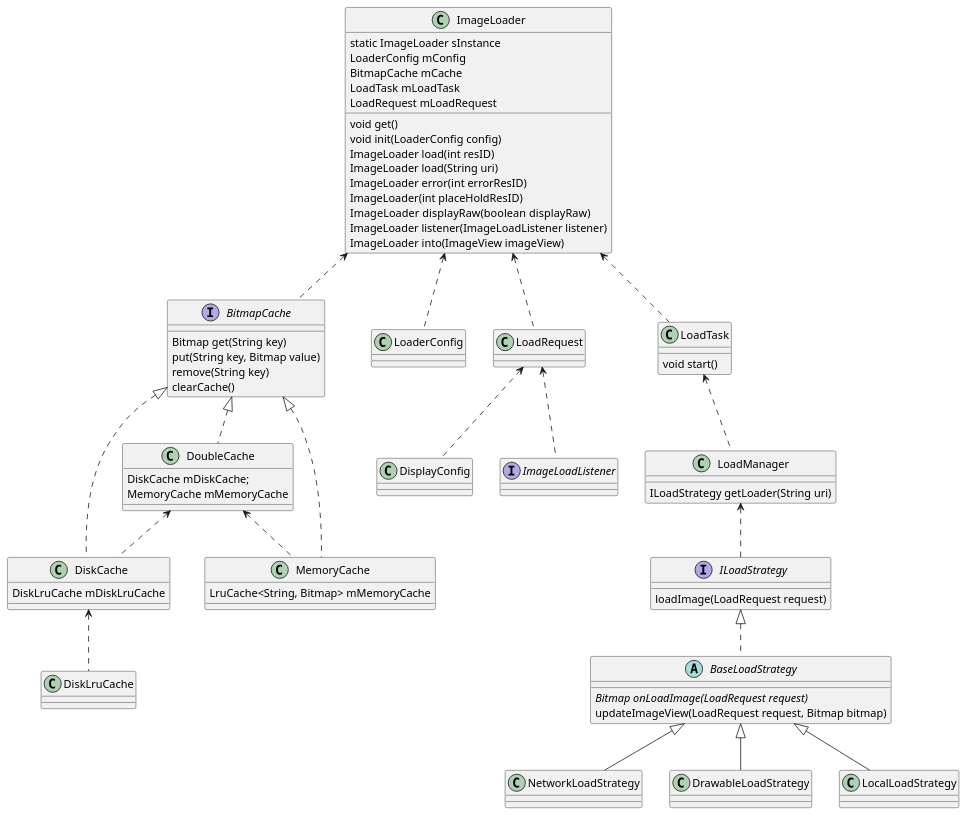
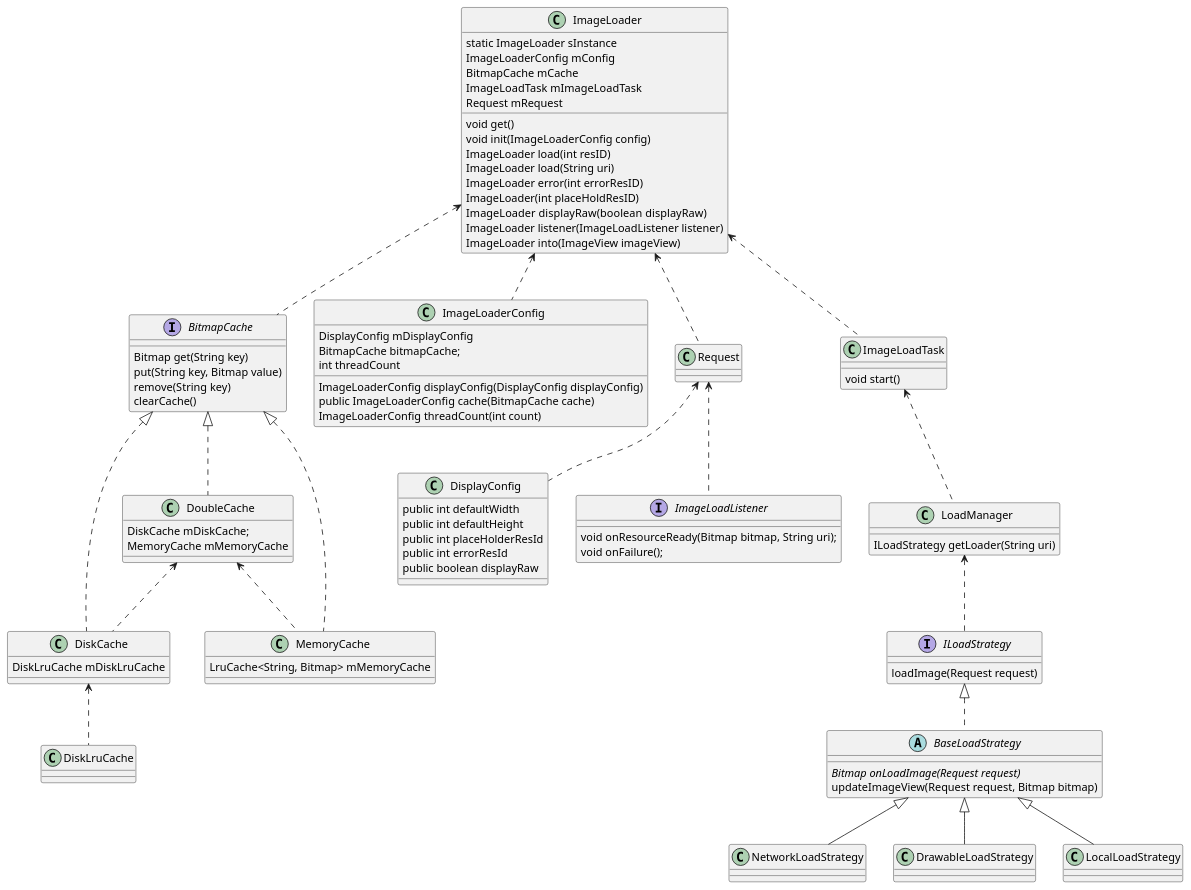
The diagram in ImageloaderLib/src/main/java/com/hust_twj/imageloderlibrary/uml.puml (hust-twj/ImageLoader), drawn with PlantUML before and after one commit. The commit also changed 11 other files, not shown here.

Commit message:
[feature]类和类图的修改

```diff
--- a/ImageloaderLib/src/main/java/com/hust_twj/imageloderlibrary/uml.puml
+++ b/ImageloaderLib/src/main/java/com/hust_twj/imageloderlibrary/uml.puml
@@ -1,106 +1,127 @@
 @startuml
 
 interface BitmapCache
 class DiskCache
 class DiskLruCache
 class DoubleCache
 class MemoryCache
 
-class LoaderConfig
+class ImageLoaderConfig
 class DisplayConfig
 
 interface ImageLoadListener
 
 interface ILoadStrategy
 abstract BaseLoadStrategy
 class NetworkLoadStrategy
 class DrawableLoadStrategy
 class LocalLoadStrategy
 class LoadManager
 
-class LoadRequest
-class LoadTask
+class Request
+class ImageLoadTask
 
 class ImageLoader
 
 BitmapCache <|.. DiskCache
 BitmapCache <|.. DoubleCache
 BitmapCache <|.. MemoryCache
 
 ILoadStrategy <|.. BaseLoadStrategy
 BaseLoadStrategy <|-- NetworkLoadStrategy
 BaseLoadStrategy <|-- DrawableLoadStrategy
 BaseLoadStrategy <|-- LocalLoadStrategy
 
 interface BitmapCache {
 Bitmap get(String key)
 put(String key, Bitmap value)
 remove(String key)
 clearCache()
 }
 
 interface ILoadStrategy {
-loadImage(LoadRequest request)
+loadImage(Request request)
 }
 
 abstract class BaseLoadStrategy {
-{abstract} Bitmap onLoadImage(LoadRequest request)
-updateImageView(LoadRequest request, Bitmap bitmap)
+{abstract} Bitmap onLoadImage(Request request)
+updateImageView(Request request, Bitmap bitmap)
 }
 
 class DiskCache {
 DiskLruCache mDiskLruCache
 }
 
 class MemoryCache {
 LruCache<String, Bitmap> mMemoryCache
 }
 
 DiskCache <.. DiskLruCache
 DoubleCache <.. MemoryCache
 DoubleCache <.. DiskCache
 
 
 class ImageLoader {
 static ImageLoader sInstance
-LoaderConfig mConfig
+ImageLoaderConfig mConfig
 BitmapCache mCache
-LoadTask mLoadTask
-LoadRequest mLoadRequest
+ImageLoadTask mImageLoadTask
+Request mRequest
 
 void get()
-void init(LoaderConfig config)
+void init(ImageLoaderConfig config)
 ImageLoader load(int resID)
 ImageLoader load(String uri)
 ImageLoader error(int errorResID)
 ImageLoader(int placeHoldResID)
 ImageLoader displayRaw(boolean  displayRaw)
 ImageLoader listener(ImageLoadListener listener)
 ImageLoader into(ImageView imageView)
 }
 
-class LoadTask {
+class ImageLoadTask {
 void start()
 }
 
 class DoubleCache {
 DiskCache mDiskCache;
 MemoryCache mMemoryCache
 }
 
-ImageLoader <.. LoadTask
-ImageLoader <.. LoadRequest
-ImageLoader <.. LoaderConfig
+ImageLoader <.. ImageLoadTask
+ImageLoader <.. Request
+ImageLoader <.. ImageLoaderConfig
 ImageLoader <.. BitmapCache
 
-LoadRequest <.. DisplayConfig
-LoadRequest <.. ImageLoadListener
+Request <.. DisplayConfig
+Request <.. ImageLoadListener
 
 class LoadManager {
 ILoadStrategy getLoader(String uri)
 }
 
 LoadManager <.. ILoadStrategy
-LoadTask <.. LoadManager
+ImageLoadTask <.. LoadManager
 
+class ImageLoaderConfig {
+DisplayConfig mDisplayConfig
+BitmapCache bitmapCache;
+int threadCount
+ImageLoaderConfig displayConfig(DisplayConfig displayConfig)
+public ImageLoaderConfig cache(BitmapCache cache)
+ImageLoaderConfig threadCount(int count)
+}
+
+interface ImageLoadListener {
+void onResourceReady(Bitmap bitmap, String uri);
+void onFailure();
+}
+
+class DisplayConfig{
+public int defaultWidth
+public int defaultHeight
+public int placeHolderResId
+public int errorResId
+public boolean displayRaw
+}
 @enduml
```
